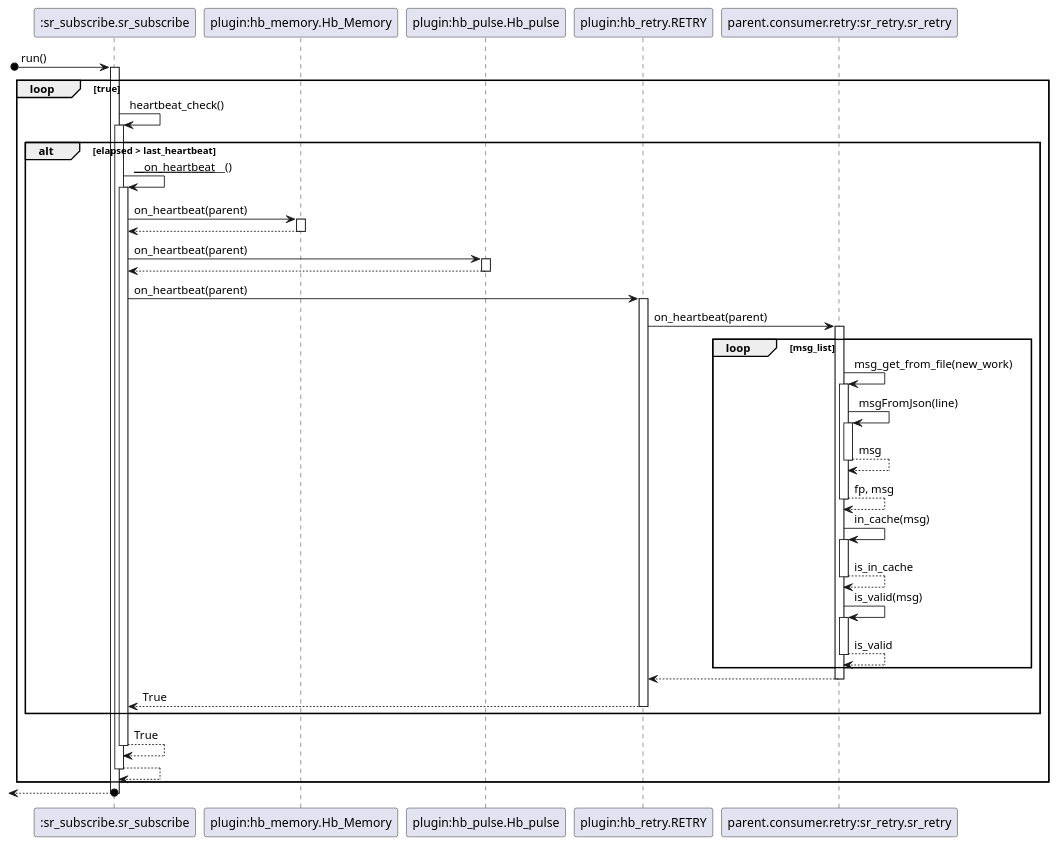
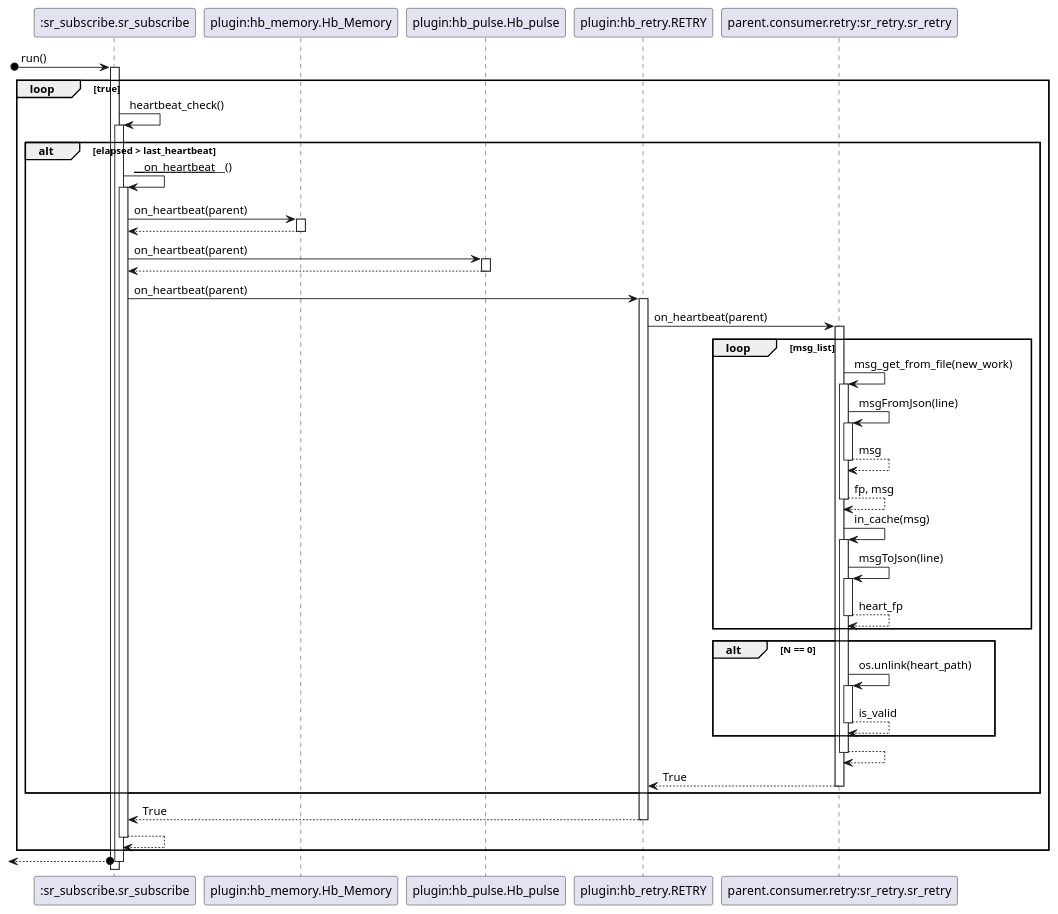
Before and after one commit to MetPX/sarracenia: the diagram in doc/design/uml/Retry.puml, drawn with PlantUML.

Commit message:
Added activation to sequence diagram.

```diff
--- a/doc/design/uml/Retry.puml
+++ b/doc/design/uml/Retry.puml
@@ -1,49 +1,53 @@
 @startuml
 participant ":sr_subscribe.sr_subscribe" as ss
 participant "plugin:hb_memory.Hb_Memory" as hbm
 participant "plugin:hb_pulse.Hb_pulse" as hbp
 participant "plugin:hb_retry.RETRY" as hbr
 participant "parent.consumer.retry:sr_retry.sr_retry" as sr
 
 ''''''Heartbeat run''''''
 [o-> ss: run()
 loop true
  activate ss
  ss -> ss: heartbeat_check()
   activate ss
   alt elapsed > last_heartbeat
    ss -> ss: ____on_heartbeat____()
     activate ss
      ss -> hbm: on_heartbeat(parent)
       activate hbm
       return
      ss -> hbp: on_heartbeat(parent)
       activate hbp
       return
      ss -> hbr: on_heartbeat(parent)
       activate hbr
       hbr -> sr: on_heartbeat(parent)
        activate sr
        loop msg_list
         sr -> sr: msg_get_from_file(new_work)
          activate sr
          sr -> sr: msgFromJson(line)
           activate sr
           return msg
          return fp, msg
         sr -> sr: in_cache(msg)
          activate sr
-         return is_in_cache
-        sr -> sr: is_valid(msg)
+         sr -> sr: msgToJson(line)
+          activate sr
+          return heart_fp
+       end loop
+        alt N == 0
+         sr -> sr: os.unlink(heart_path)
          activate sr
          return is_valid
        end loop
       return
     return True
   end alt
   return True
  return
 end loop
 [<--o ss
 deactivate ss
 @enduml
```
